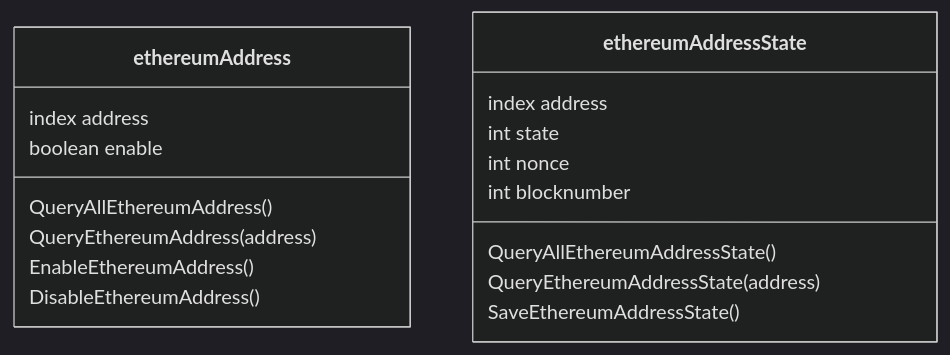
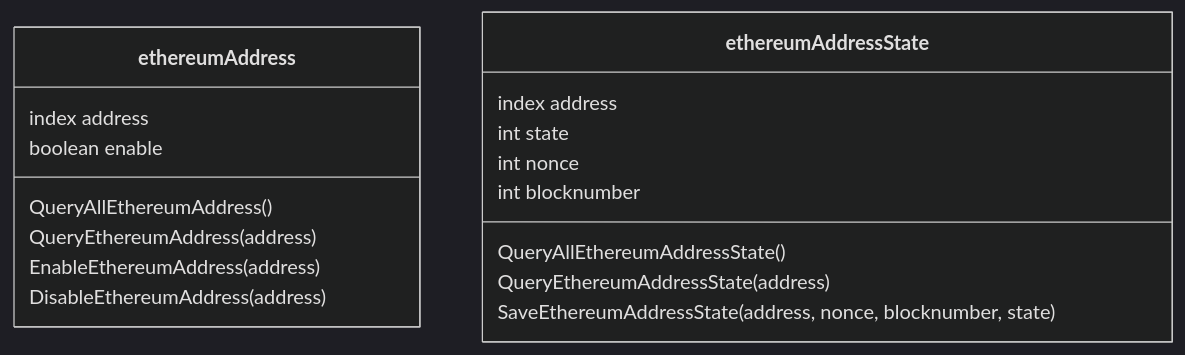
The first of 2 diagrams in README.md (Neoll-Labs/o3n1), drawn with Mermaid (dark theme) before and after one commit. The commit also changed other lines of this file, not shown here.

````diff
--- a/README.md
+++ b/README.md
@@ -24,25 +24,25 @@
 ```mermaid
 classDiagram
  
 class ethereumAddress{
 index address
 boolean enable
 
 QueryAllEthereumAddress()
 QueryEthereumAddress(address)
 
-EnableEthereumAddress()
-DisableEthereumAddress()
+EnableEthereumAddress(address)
+DisableEthereumAddress(address)
 }
 
 class ethereumAddressState  {
 index address
 int state
 int nonce
 int blocknumber
 
 QueryAllEthereumAddressState()
 QueryEthereumAddressState(address)
-SaveEthereumAddressState()
+SaveEthereumAddressState(address, nonce, blocknumber, state)
 }
 ```
````
